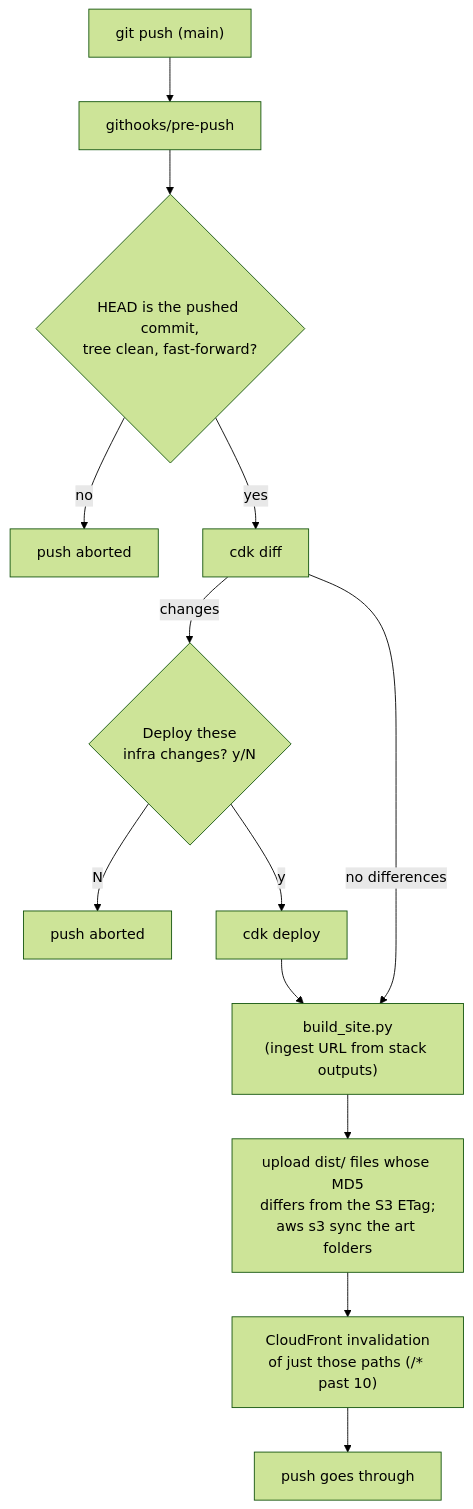
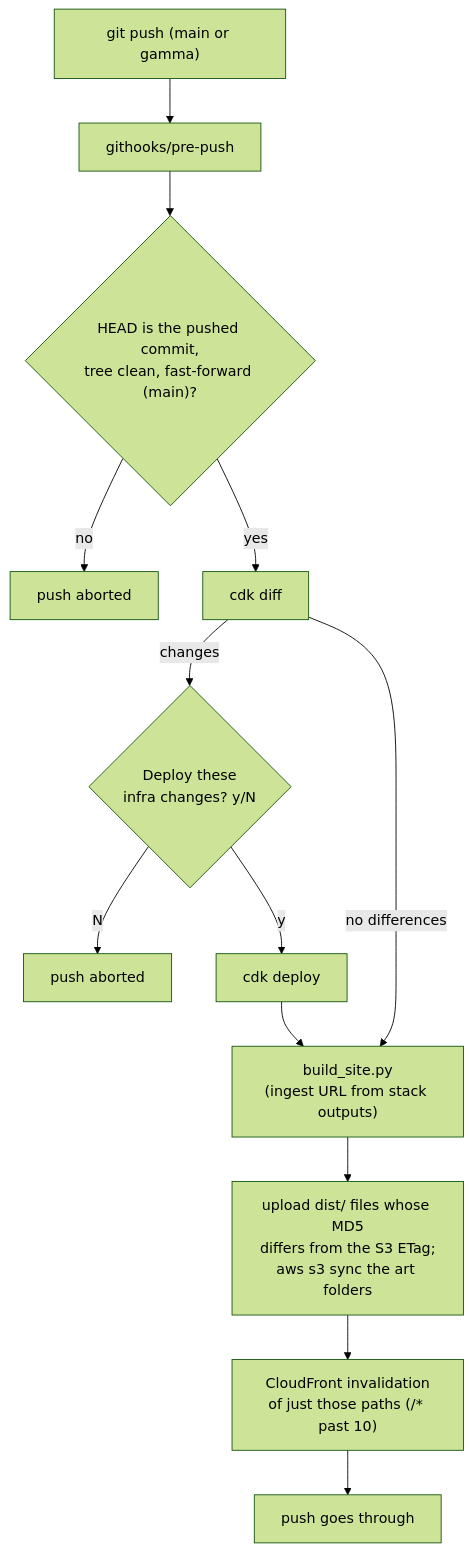
Before and after one commit to johnstonjesse329/slay-my-stats: the fifth of 6 diagrams in README.md, drawn with Mermaid (forest theme). The commit also changed other lines of this file and 2 other files, not shown here.

First line of the commit message:
Deploy gamma when the gamma branch is pushed

````diff
--- a/README.md
+++ b/README.md
@@ -422,14 +423,14 @@
 ```mermaid
 flowchart TB
-    push["git push (main)"] --> hook["githooks/pre-push"]
-    hook --> check{"HEAD is the pushed commit,<br/>tree clean, fast-forward?"}
+    push["git push (main or gamma)"] --> hook["githooks/pre-push"]
+    hook --> check{"HEAD is the pushed commit,<br/>tree clean, fast-forward (main)?"}
     check -- no --> abort["push aborted"]
     check -- yes --> diff["cdk diff"]
     diff -- "changes" --> ask{"Deploy these<br/>infra changes? y/N"}
     ask -- N --> abort2["push aborted"]
     ask -- y --> deploy["cdk deploy"] --> build
     diff -- "no differences" --> build
     build["build_site.py<br/>(ingest URL from stack outputs)"] --> upload["upload dist/ files whose MD5<br/>differs from the S3 ETag;<br/>aws s3 sync the art folders"]
     upload --> inval["CloudFront invalidation<br/>of just those paths (/* past 10)"]
     inval --> done["push goes through"]
 ```
````
